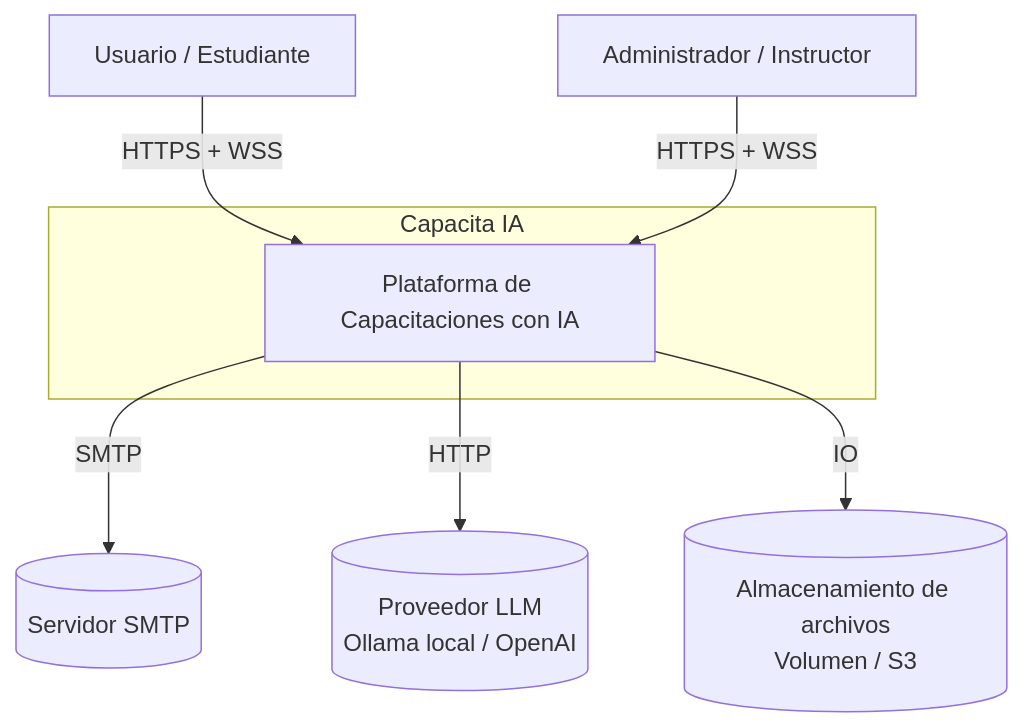
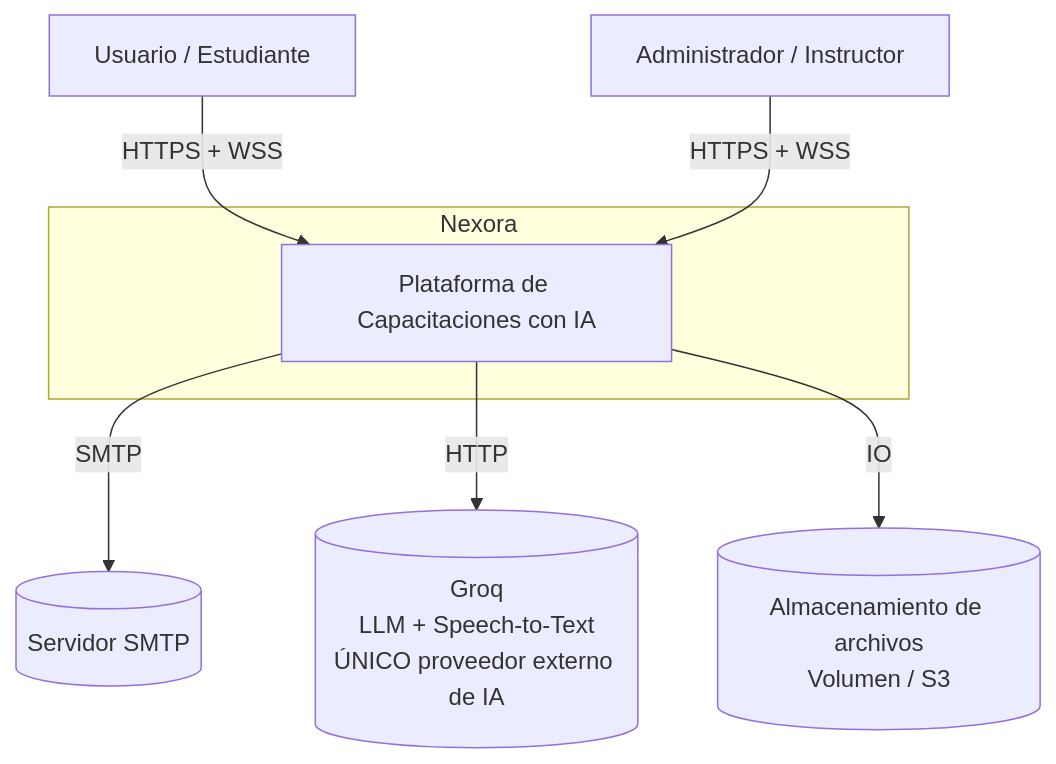
Before and after one commit to YoAndres2001/Capacitacion_IA: the first of 7 diagrams in docs/05-arquitectura.md, drawn with Mermaid. The commit also changed other lines of this file and 118 other files, not shown here.

````diff
--- a/docs/05-arquitectura.md
+++ b/docs/05-arquitectura.md
@@ -5,17 +5,17 @@
 ```mermaid
 graph TB
     U[Usuario / Estudiante]
     A[Administrador / Instructor]
-    subgraph "Capacita IA"
+    subgraph "Nexora"
         SYS[Plataforma de Capacitaciones con IA]
     end
     SMTP[(Servidor SMTP)]
-    LLM[(Proveedor LLM<br/>Ollama local / OpenAI)]
+    LLM[(Groq<br/>LLM + Speech-to-Text<br/>ÚNICO proveedor externo de IA)]
     OBJ[(Almacenamiento de archivos<br/>Volumen / S3)]
 
     U -->|HTTPS + WSS| SYS
     A -->|HTTPS + WSS| SYS
     SYS -->|SMTP| SMTP
     SYS -->|HTTP| LLM
     SYS -->|IO| OBJ
 ```
````
